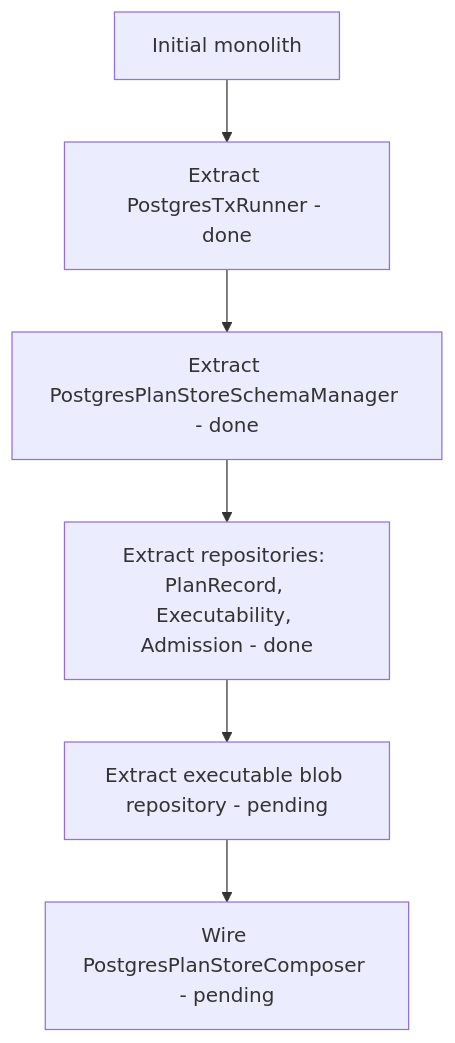
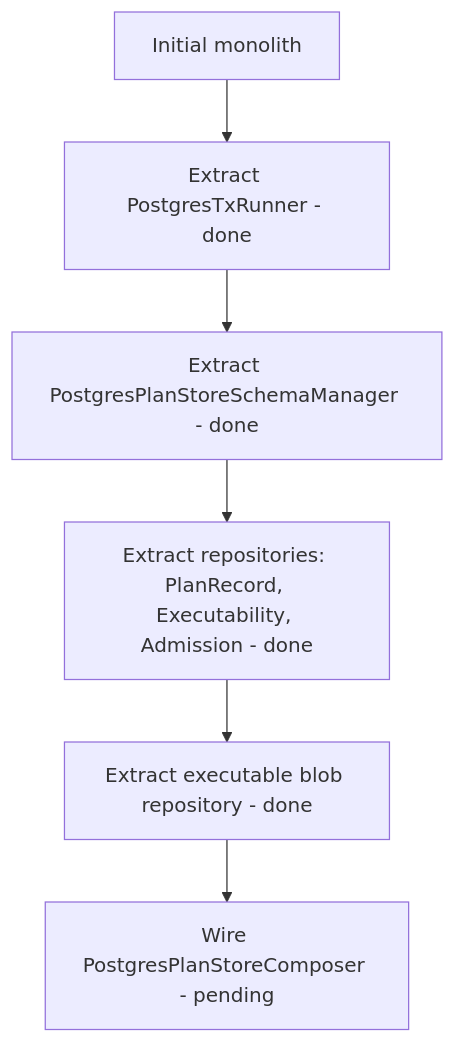
The third of 3 diagrams in docs/guides/postgres-plan-store-technical-manual-20260403.md (dunay2/dvt), drawn with Mermaid before and after one commit. The commit also changed other lines of this file and 4 other files, not shown here.

Commit message:
refactor(adapters): Extract executable blob repository from PostgresPlanStore

````diff
--- a/docs/guides/postgres-plan-store-technical-manual-20260403.md
+++ b/docs/guides/postgres-plan-store-technical-manual-20260403.md
@@ -176,11 +180,11 @@
 ```mermaid
 flowchart TD
   A[Initial monolith]
   B[Extract PostgresTxRunner - done]
   C[Extract PostgresPlanStoreSchemaManager - done]
   D[Extract repositories: PlanRecord, Executability, Admission - done]
-  E[Extract executable blob repository - pending]
+  E[Extract executable blob repository - done]
   F[Wire PostgresPlanStoreComposer - pending]
 
   A --> B --> C --> D --> E --> F
 ```
````
